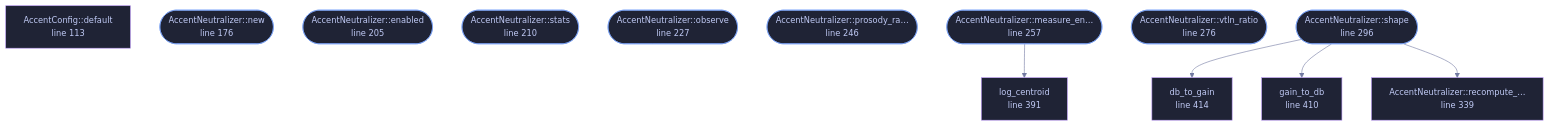
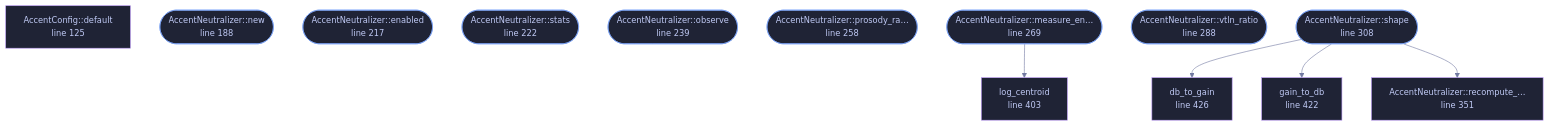
Before and after one commit to tilas01/veilvoice: the diagram in docs/files/veilvoice-core/accent.md, drawn with Mermaid. The commit also changed other lines of this file and 487 other files, not shown here.

````diff
--- a/docs/files/veilvoice-core/accent.md
+++ b/docs/files/veilvoice-core/accent.md
@@ -110,38 +123,38 @@
 ```mermaid
 %%{init: {"theme":"base","themeVariables":{"background":"#1a1b26","primaryColor":"#1f2335","primaryTextColor":"#c0caf5","primaryBorderColor":"#7aa2f7","secondaryColor":"#16161e","tertiaryColor":"#16161e","lineColor":"#737aa2","textColor":"#c0caf5","mainBkg":"#1f2335","nodeBorder":"#7aa2f7","clusterBkg":"#16161e","clusterBorder":"#2f3549","fontFamily":"ui-monospace, SFMono-Regular, Consolas, monospace","fontSize":"14px"}}}%%
 flowchart TD
-    n_default["AccentConfig::default<br/>line 113"]
-    n_new(["AccentNeutralizer::new<br/>line 176"])
-    n_enabled(["AccentNeutralizer::enabled<br/>line 205"])
-    n_stats(["AccentNeutralizer::stats<br/>line 210"])
-    n_observe(["AccentNeutralizer::observe<br/>line 227"])
-    n_prosody_ratio(["AccentNeutralizer::prosody_ra…<br/>line 246"])
-    n_measure_envelope(["AccentNeutralizer::measure_en…<br/>line 257"])
-    n_vtln_ratio(["AccentNeutralizer::vtln_ratio<br/>line 276"])
-    n_shape(["AccentNeutralizer::shape<br/>line 296"])
-    n_recompute_shape["AccentNeutralizer::recompute_…<br/>line 339"]
-    n_log_centroid["log_centroid<br/>line 391"]
-    n_gain_to_db["gain_to_db<br/>line 410"]
-    n_db_to_gain["db_to_gain<br/>line 414"]
+    n_default["AccentConfig::default<br/>line 125"]
+    n_new(["AccentNeutralizer::new<br/>line 188"])
+    n_enabled(["AccentNeutralizer::enabled<br/>line 217"])
+    n_stats(["AccentNeutralizer::stats<br/>line 222"])
+    n_observe(["AccentNeutralizer::observe<br/>line 239"])
+    n_prosody_ratio(["AccentNeutralizer::prosody_ra…<br/>line 258"])
+    n_measure_envelope(["AccentNeutralizer::measure_en…<br/>line 269"])
+    n_vtln_ratio(["AccentNeutralizer::vtln_ratio<br/>line 288"])
+    n_shape(["AccentNeutralizer::shape<br/>line 308"])
+    n_recompute_shape["AccentNeutralizer::recompute_…<br/>line 351"]
+    n_log_centroid["log_centroid<br/>line 403"]
+    n_gain_to_db["gain_to_db<br/>line 422"]
+    n_db_to_gain["db_to_gain<br/>line 426"]
     n_measure_envelope --> n_log_centroid
     n_shape --> n_db_to_gain
     n_shape --> n_gain_to_db
     n_shape --> n_recompute_shape
-    click n_default href "https://github.com/tilas01/veilvoice/blob/main/crates/veilvoice-core/src/accent.rs#L113" "open the source"
-    click n_new href "https://github.com/tilas01/veilvoice/blob/main/crates/veilvoice-core/src/accent.rs#L176" "open the source"
-    click n_enabled href "https://github.com/tilas01/veilvoice/blob/main/crates/veilvoice-core/src/accent.rs#L205" "open the source"
-    click n_stats href "https://github.com/tilas01/veilvoice/blob/main/crates/veilvoice-core/src/accent.rs#L210" "open the source"
-    click n_observe href "https://github.com/tilas01/veilvoice/blob/main/crates/veilvoice-core/src/accent.rs#L227" "open the source"
-    click n_prosody_ratio href "https://github.com/tilas01/veilvoice/blob/main/crates/veilvoice-core/src/accent.rs#L246" "open the source"
-    click n_measure_envelope href "https://github.com/tilas01/veilvoice/blob/main/crates/veilvoice-core/src/accent.rs#L257" "open the source"
-    click n_vtln_ratio href "https://github.com/tilas01/veilvoice/blob/main/crates/veilvoice-core/src/accent.rs#L276" "open the source"
-    click n_shape href "https://github.com/tilas01/veilvoice/blob/main/crates/veilvoice-core/src/accent.rs#L296" "open the source"
-    click n_recompute_shape href "https://github.com/tilas01/veilvoice/blob/main/crates/veilvoice-core/src/accent.rs#L339" "open the source"
-    click n_log_centroid href "https://github.com/tilas01/veilvoice/blob/main/crates/veilvoice-core/src/accent.rs#L391" "open the source"
-    click n_gain_to_db href "https://github.com/tilas01/veilvoice/blob/main/crates/veilvoice-core/src/accent.rs#L410" "open the source"
-    click n_db_to_gain href "https://github.com/tilas01/veilvoice/blob/main/crates/veilvoice-core/src/accent.rs#L414" "open the source"
+    click n_default href "https://github.com/tilas01/veilvoice/blob/main/crates/veilvoice-core/src/accent.rs#L125" "open the source"
+    click n_new href "https://github.com/tilas01/veilvoice/blob/main/crates/veilvoice-core/src/accent.rs#L188" "open the source"
+    click n_enabled href "https://github.com/tilas01/veilvoice/blob/main/crates/veilvoice-core/src/accent.rs#L217" "open the source"
+    click n_stats href "https://github.com/tilas01/veilvoice/blob/main/crates/veilvoice-core/src/accent.rs#L222" "open the source"
+    click n_observe href "https://github.com/tilas01/veilvoice/blob/main/crates/veilvoice-core/src/accent.rs#L239" "open the source"
+    click n_prosody_ratio href "https://github.com/tilas01/veilvoice/blob/main/crates/veilvoice-core/src/accent.rs#L258" "open the source"
+    click n_measure_envelope href "https://github.com/tilas01/veilvoice/blob/main/crates/veilvoice-core/src/accent.rs#L269" "open the source"
+    click n_vtln_ratio href "https://github.com/tilas01/veilvoice/blob/main/crates/veilvoice-core/src/accent.rs#L288" "open the source"
+    click n_shape href "https://github.com/tilas01/veilvoice/blob/main/crates/veilvoice-core/src/accent.rs#L308" "open the source"
+    click n_recompute_shape href "https://github.com/tilas01/veilvoice/blob/main/crates/veilvoice-core/src/accent.rs#L351" "open the source"
+    click n_log_centroid href "https://github.com/tilas01/veilvoice/blob/main/crates/veilvoice-core/src/accent.rs#L403" "open the source"
+    click n_gain_to_db href "https://github.com/tilas01/veilvoice/blob/main/crates/veilvoice-core/src/accent.rs#L422" "open the source"
+    click n_db_to_gain href "https://github.com/tilas01/veilvoice/blob/main/crates/veilvoice-core/src/accent.rs#L426" "open the source"
     classDef entry fill:#1f2335,stroke:#7aa2f7,color:#c0caf5
     class n_new,n_enabled,n_stats,n_observe,n_prosody_ratio,n_measure_envelope,n_vtln_ratio,n_shape entry
     classDef helper fill:#1f2335,stroke:#bb9af7,color:#c0caf5
     class n_default,n_recompute_shape,n_log_centroid,n_gain_to_db,n_db_to_gain helper
 ```
````
